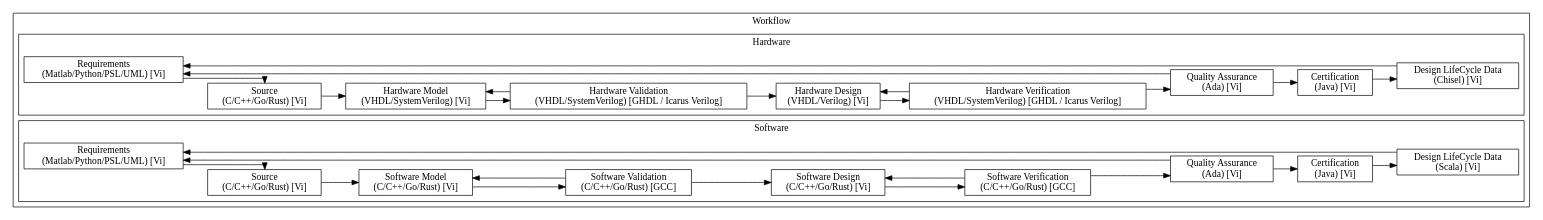
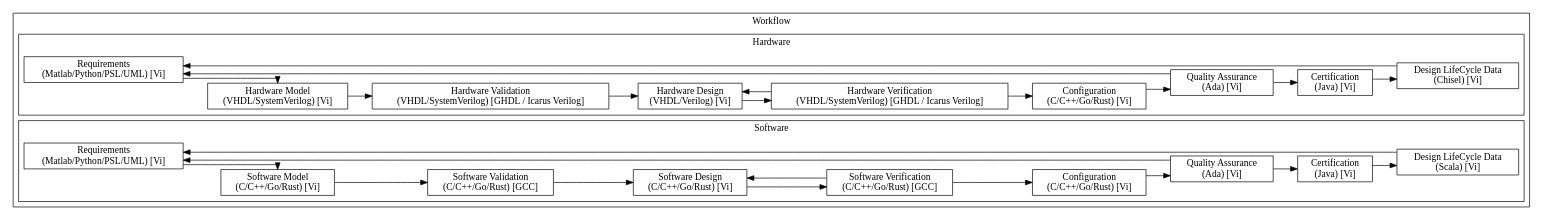
The diagram in doc/book/assets/chapter2/codesign-project.dot (PacoReinaCampo/SoC-RTOS), drawn with Graphviz before and after one commit. The commit also changed 68 other files, not shown here.

```diff
--- a/doc/book/assets/chapter2/codesign-project.dot
+++ b/doc/book/assets/chapter2/codesign-project.dot
@@ -1,58 +1,56 @@
 digraph Project {
   // Introduction
   graph [rankdir = LR, splines=ortho];
   node[shape=record];
 
   // Blocks
   subgraph "cluster Workflow" { label = "Workflow";
     subgraph "cluster Hardware" { label = "Hardware";
       Requirements_HW[label="Requirements \n(Matlab/Python/PSL/UML) [Vi]"];
-      Source_HW[label="Source \n(C/C++/Go/Rust) [Vi]"];
       Model_HW[label="Hardware Model \n(VHDL/SystemVerilog) [Vi]"];
       Validation_HW[label="Hardware Validation \n(VHDL/SystemVerilog) [GHDL / Icarus Verilog]"];
       Design_HW[label="Hardware Design \n(VHDL/Verilog) [Vi]"];
       Verification_HW[label="Hardware Verification \n(VHDL/SystemVerilog) [GHDL / Icarus Verilog]"];
+      Configuration_HW[label="Configuration \n(C/C++/Go/Rust) [Vi]"];
       Quality_HW[label="Quality Assurance \n(Ada) [Vi]"];
       Certification_HW[label="Certification \n(Java) [Vi]"];
       LifeCycle_HW[label="Design LifeCycle Data \n(Chisel) [Vi]"];
     }
     subgraph "cluster Software" { label = "Software";
       Requirements_SW[label="Requirements \n(Matlab/Python/PSL/UML) [Vi]"];
-      Source_SW[label="Source \n(C/C++/Go/Rust) [Vi]"];
       Model_SW[label="Software Model \n(C/C++/Go/Rust) [Vi]"];
       Validation_SW[label="Software Validation \n(C/C++/Go/Rust) [GCC]"];
       Design_SW[label="Software Design \n(C/C++/Go/Rust) [Vi]"];
       Verification_SW[label="Software Verification \n(C/C++/Go/Rust) [GCC]"];
+      Configuration_SW[label="Configuration \n(C/C++/Go/Rust) [Vi]"];
       Quality_SW[label="Quality Assurance \n(Ada) [Vi]"];
       Certification_SW[label="Certification \n(Java) [Vi]"];
       LifeCycle_SW[label="Design LifeCycle Data \n(Scala) [Vi]"];
     }
   }
 
   // Sequence
-  Requirements_HW -> Source_HW;
-  Source_HW -> Model_HW;
+  Requirements_HW -> Model_HW;
   Model_HW -> Validation_HW;
-  Validation_HW -> Model_HW;
   Validation_HW -> Design_HW;
   Design_HW -> Verification_HW;
   Verification_HW -> Design_HW;
-  Verification_HW -> Quality_HW;
+  Verification_HW -> Configuration_HW;
+  Configuration_HW -> Quality_HW;
   Quality_HW -> Certification_HW;
   Quality_HW -> Requirements_HW;
   Certification_HW -> LifeCycle_HW;
   LifeCycle_HW -> Requirements_HW;
 
-  Requirements_SW -> Source_SW;
-  Source_SW -> Model_SW;
+  Requirements_SW -> Model_SW;
   Model_SW -> Validation_SW;
-  Validation_SW -> Model_SW;
   Validation_SW -> Design_SW;
   Design_SW -> Verification_SW;
   Verification_SW -> Design_SW;
-  Verification_SW -> Quality_SW;
+  Verification_SW -> Configuration_SW;
+  Configuration_SW -> Quality_SW;
   Quality_SW -> Certification_SW;
   Quality_SW -> Requirements_SW;
   Certification_SW -> LifeCycle_SW;
   LifeCycle_SW -> Requirements_SW;
 }
```
